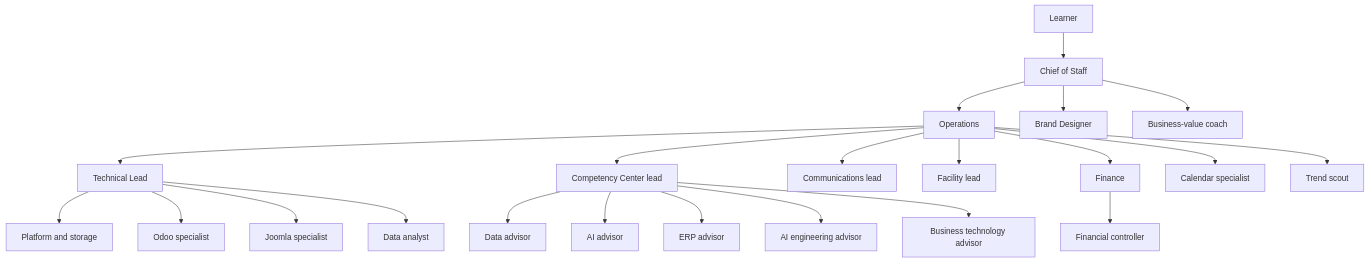
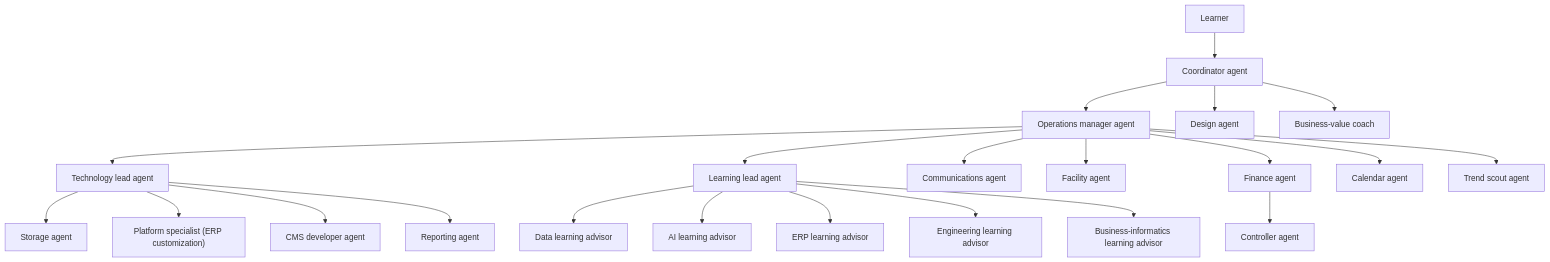
The diagram in continuing-education/ai-agents/example-multi-agent-setup.md (kuettel-labs/business-informatics), drawn with Mermaid before and after one commit. The commit also changed other lines of this file, not shown here.

First line of the commit message:
docs: use generic role labels in the agent org sketch

````diff
--- a/continuing-education/ai-agents/example-multi-agent-setup.md
+++ b/continuing-education/ai-agents/example-multi-agent-setup.md
@@ -90,47 +90,47 @@
 ```mermaid
 flowchart TD
   L["Learner"]
-  COS["Chief of Staff"]
-  OPS["Operations"]
-  BD["Brand Designer"]
+  COS["Coordinator agent"]
+  OPS["Operations manager agent"]
+  BD["Design agent"]
   BVC["Business-value coach"]
-  TL["Technical Lead"]
-  PDM["Competency Center lead"]
-  CES["Communications lead"]
-  FM["Facility lead"]
-  FIN["Finance"]
-  CAL["Calendar specialist"]
-  TR["Trend scout"]
-  PE["Platform and storage"]
-  OD["Odoo specialist"]
-  JO["Joomla specialist"]
-  DA["Data analyst"]
-  FC["Financial controller"]
-  DCA["Data advisor"]
-  AIA["AI advisor"]
-  ERP["ERP advisor"]
-  AIE["AI engineering advisor"]
-  BTA["Business technology advisor"]
+  TL["Technology lead agent"]
+  PDM["Learning lead agent"]
+  CES["Communications agent"]
+  FM["Facility agent"]
+  FIN["Finance agent"]
+  CAL["Calendar agent"]
+  TR["Trend scout agent"]
+  PE["Storage agent"]
+  OD["Platform specialist (ERP customization)"]
+  JO["CMS developer agent"]
+  DA["Reporting agent"]
+  FC["Controller agent"]
+  DCA["Data learning advisor"]
+  AIA["AI learning advisor"]
+  ERP["ERP learning advisor"]
+  AIE["Engineering learning advisor"]
+  BTA["Business-informatics learning advisor"]
 
   L --> COS
   COS --> OPS
   COS --> BD
   COS --> BVC
   OPS --> TL
   OPS --> PDM
   OPS --> CES
   OPS --> FM
   OPS --> FIN
   OPS --> CAL
   OPS --> TR
   TL --> PE
   TL --> OD
   TL --> JO
   TL --> DA
   FIN --> FC
   PDM --> DCA
   PDM --> AIA
   PDM --> ERP
   PDM --> AIE
   PDM --> BTA
 ```
````
